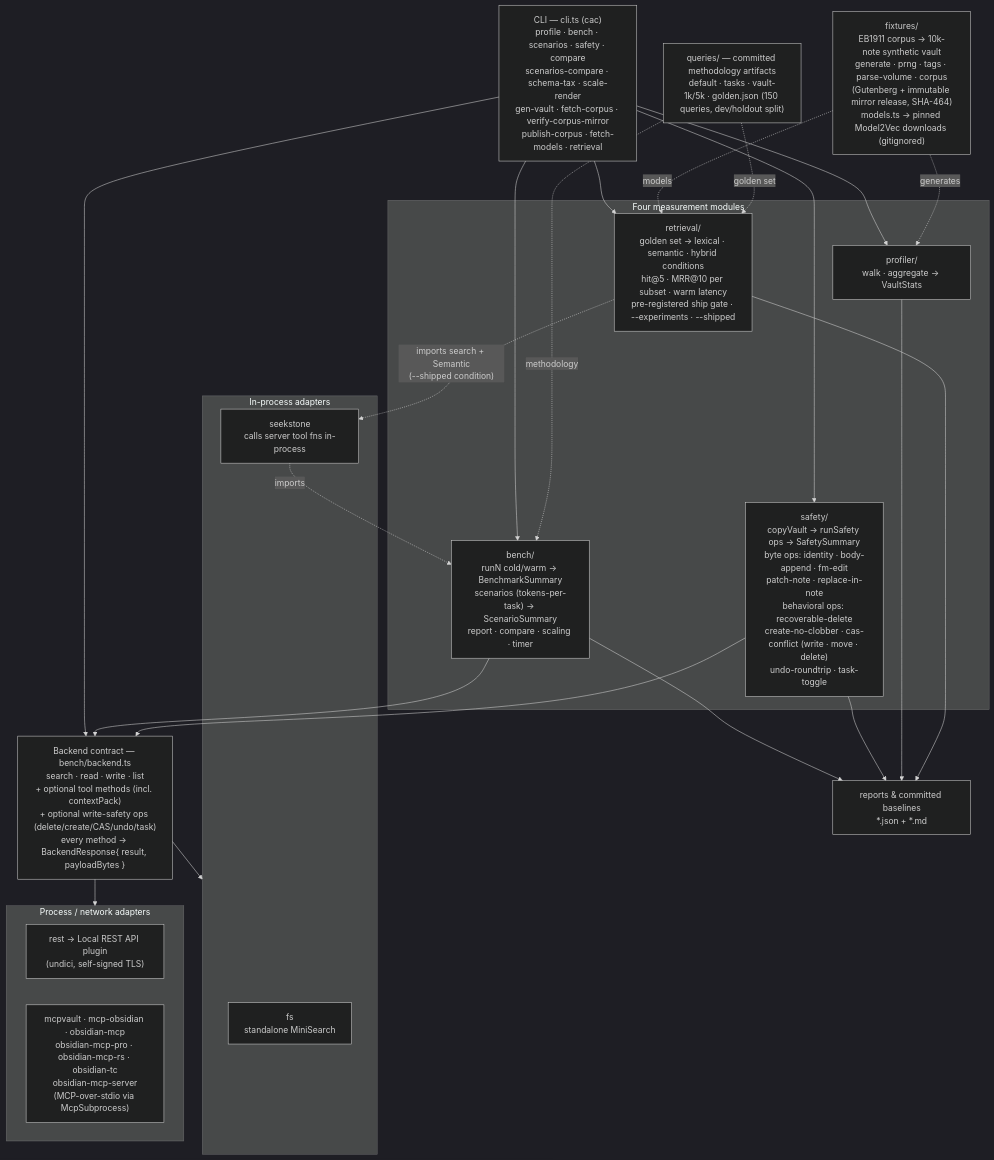
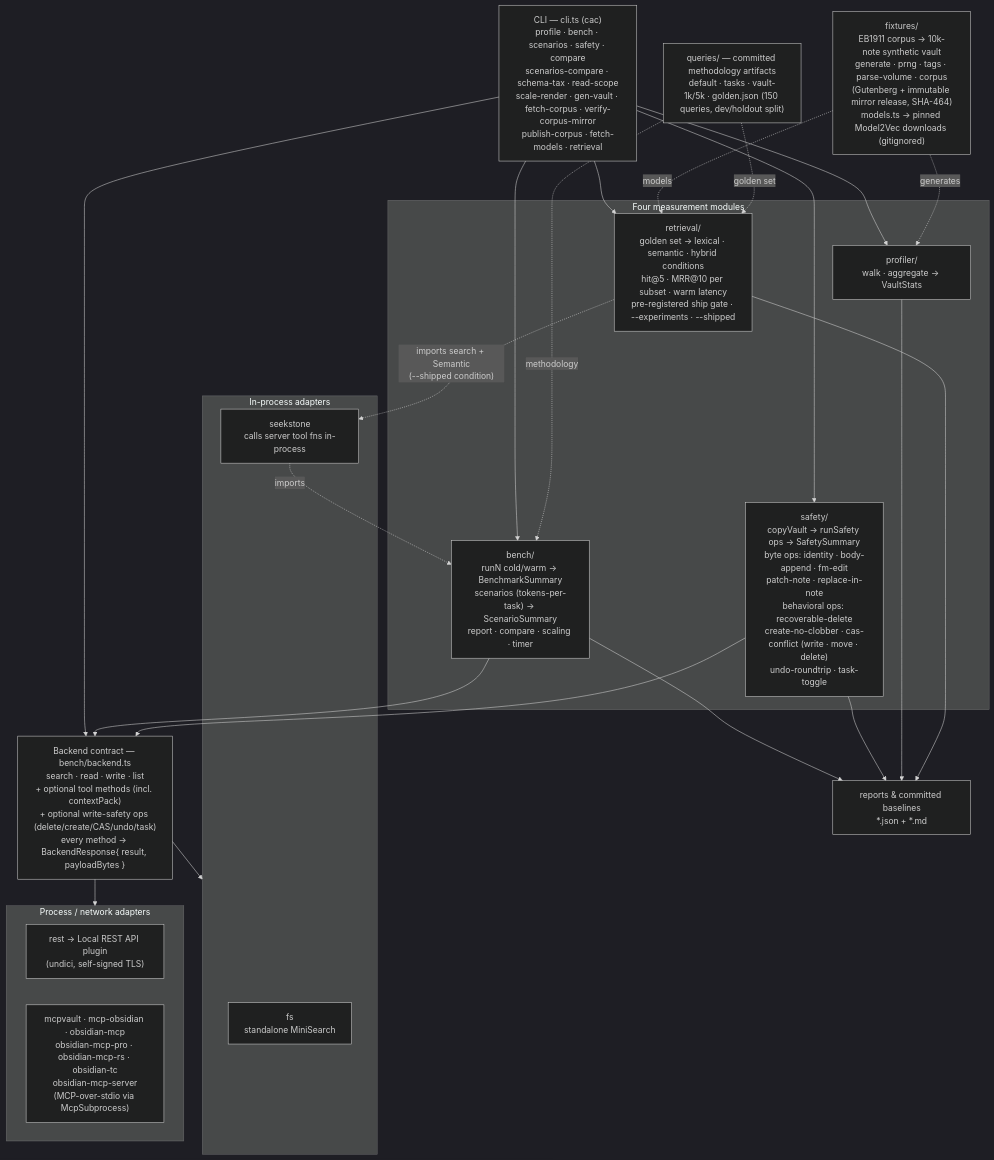
Before and after one commit to shaqmughal/seekstone: the fourth of 5 diagrams in docs/ARCHITECTURE.md, drawn with Mermaid (dark theme). The commit also changed other lines of this file and 12 other files, not shown here.

````diff
--- a/docs/ARCHITECTURE.md
+++ b/docs/ARCHITECTURE.md
@@ -296,46 +296,46 @@
 ```mermaid
 flowchart TD
-    cli["CLI — cli.ts (cac)<br/>profile · bench · scenarios · safety · compare<br/>scenarios-compare · schema-tax · scale-render<br/>gen-vault · fetch-corpus · verify-corpus-mirror<br/>publish-corpus · fetch-models · retrieval"]
+    cli["CLI — cli.ts (cac)<br/>profile · bench · scenarios · safety · compare<br/>scenarios-compare · schema-tax · read-scope<br/>scale-render · gen-vault · fetch-corpus · verify-corpus-mirror<br/>publish-corpus · fetch-models · retrieval"]
 
     backend["Backend contract — bench/backend.ts<br/>search · read · write · list<br/>+ optional tool methods (incl. contextPack)<br/>+ optional write-safety ops (delete/create/CAS/undo/task)<br/>every method → BackendResponse{ result, payloadBytes }"]
 
     subgraph inproc["In-process adapters"]
         fs["fs<br/>standalone MiniSearch"]
         seek["seekstone<br/>calls server tool fns in-process"]
     end
     subgraph extern["Process / network adapters"]
         rest["rest → Local REST API plugin<br/>(undici, self-signed TLS)"]
         mcp["mcpvault · mcp-obsidian · obsidian-mcp<br/>obsidian-mcp-pro · obsidian-mcp-rs · obsidian-tc<br/>obsidian-mcp-server<br/>(MCP-over-stdio via McpSubprocess)"]
     end
 
     subgraph modules["Four measurement modules"]
         profiler["profiler/<br/>walk · aggregate → VaultStats"]
         bench["bench/<br/>runN cold/warm → BenchmarkSummary<br/>scenarios (tokens-per-task) → ScenarioSummary<br/>report · compare · scaling · timer"]
         safety["safety/<br/>copyVault → runSafety ops → SafetySummary<br/>byte ops: identity · body-append · fm-edit<br/>patch-note · replace-in-note<br/>behavioral ops: recoverable-delete<br/>create-no-clobber · cas-conflict (write · move · delete)<br/>undo-roundtrip · task-toggle"]
         retrieval["retrieval/<br/>golden set → lexical · semantic · hybrid conditions<br/>hit@5 · MRR@10 per subset · warm latency<br/>pre-registered ship gate · --experiments · --shipped"]
     end
 
     fixtures["fixtures/<br/>EB1911 corpus → 10k-note synthetic vault<br/>generate · prng · tags · parse-volume · corpus<br/>(Gutenberg + immutable mirror release, SHA-464)<br/>models.ts → pinned Model2Vec downloads (gitignored)"]
     queries["queries/ — committed methodology artifacts<br/>default · tasks · vault-1k/5k · golden.json (150 queries, dev/holdout split)"]
     reports["reports & committed baselines<br/>*.json + *.md"]
 
     cli --> profiler
     cli --> bench
     cli --> safety
     cli --> retrieval
     cli --> backend
     backend --> inproc
     backend --> extern
     bench --> backend
     safety --> backend
     bench --> reports
     safety --> reports
     profiler --> reports
     retrieval --> reports
     fixtures -. generates .-> profiler
     fixtures -. models .-> retrieval
     queries -. methodology .-> bench
     queries -. golden set .-> retrieval
     retrieval -. "imports search + Semantic<br/>(--shipped condition)" .-> seek
     seek -. imports .-> bench
 ```
````
